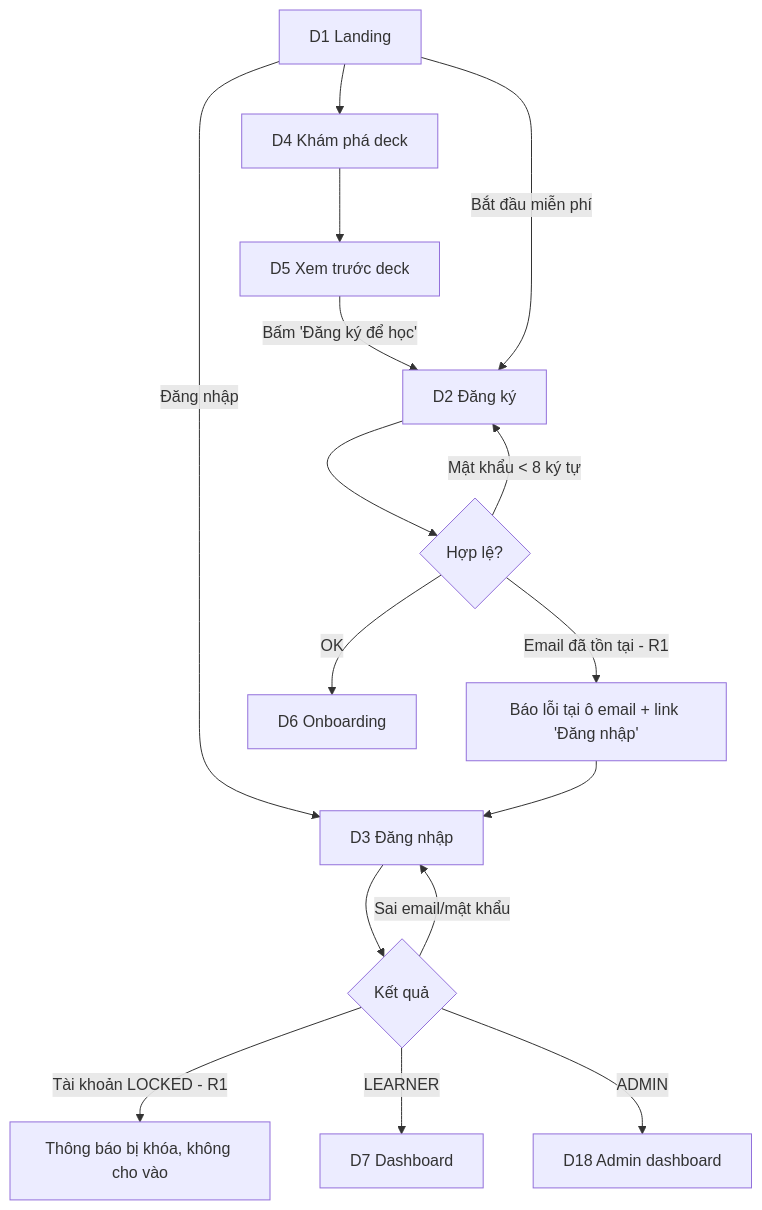
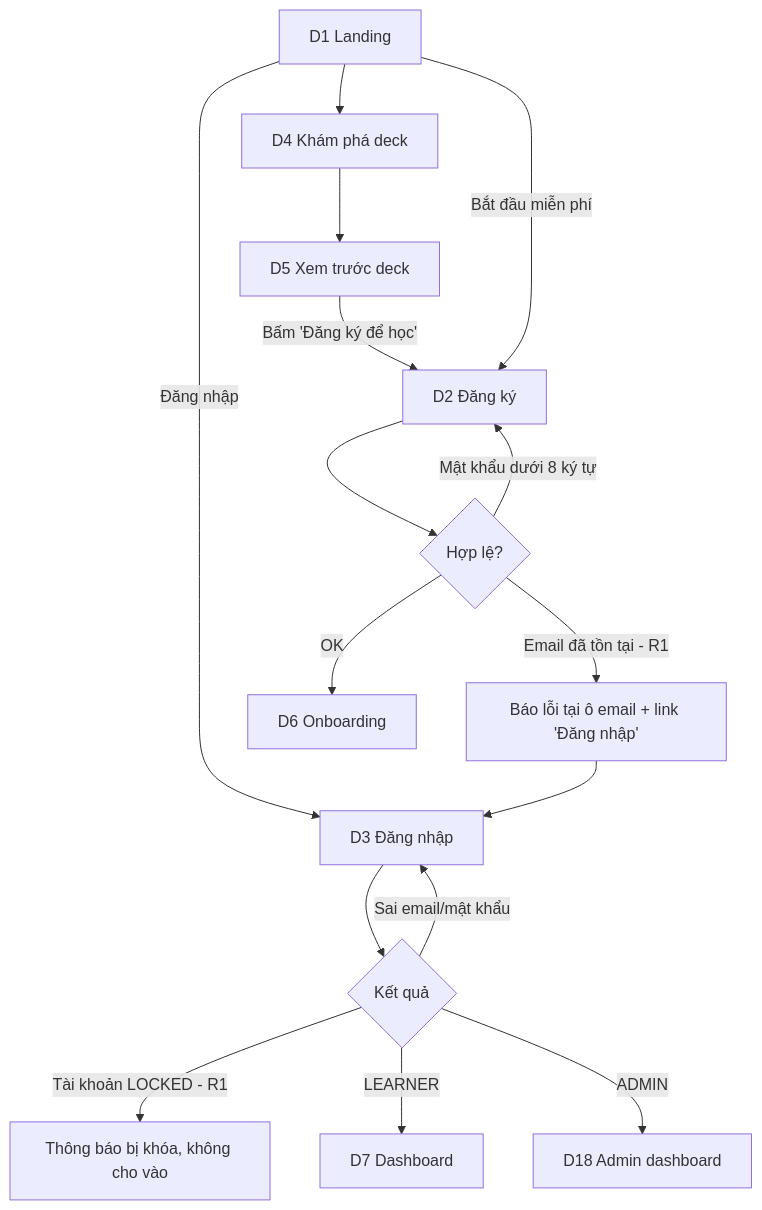
Before and after one commit to Minhtam-cr21/SpacedVocab: the first of 10 diagrams in docs/design/02-user-flows.md, drawn with Mermaid. The commit also changed 1 other file, not shown here.

Commit message:
fix: sửa tràn ngang bảng trên mobile và vị trí thanh công cụ prototype
- .table-wrap định vị relative để phần tử sr-only không thoát khỏi vùng cuộn
- Chừa chỗ để thanh công cụ prototype không đè nút chấm điểm
- Bỏ ký tự '<' trong nhãn Mermaid

````diff
--- a/docs/design/02-user-flows.md
+++ b/docs/design/02-user-flows.md
@@ -8,18 +8,18 @@
 ```mermaid
 flowchart TD
     A[D1 Landing] --> B[D4 Khám phá deck]
     B --> C[D5 Xem trước deck]
     C -->|Bấm 'Đăng ký để học'| D[D2 Đăng ký]
     A -->|Bắt đầu miễn phí| D
     A -->|Đăng nhập| E[D3 Đăng nhập]
     D --> D1{Hợp lệ?}
     D1 -->|Email đã tồn tại - R1| D2[Báo lỗi tại ô email + link 'Đăng nhập']
     D2 --> E
-    D1 -->|Mật khẩu < 8 ký tự| D
+    D1 -->|Mật khẩu dưới 8 ký tự| D
     D1 -->|OK| F[D6 Onboarding]
     E --> E1{Kết quả}
     E1 -->|Sai email/mật khẩu| E
     E1 -->|Tài khoản LOCKED - R1| E2[Thông báo bị khóa, không cho vào]
     E1 -->|LEARNER| G[D7 Dashboard]
     E1 -->|ADMIN| H[D18 Admin dashboard]
 ```
````
